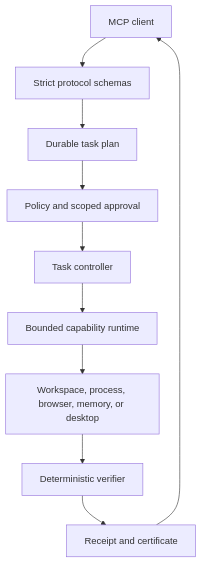
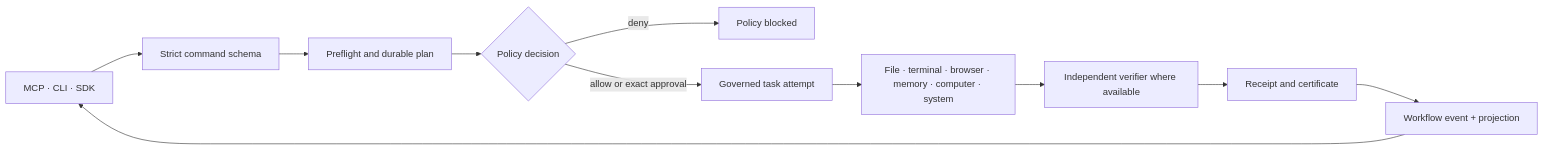
The diagram in docs/ARCHITECTURE.md (XAGI-Lab/atlas-mcp), drawn with Mermaid before and after one commit. The commit also changed other lines of this file and 149 other files, not shown here.

````diff
--- a/docs/ARCHITECTURE.md
+++ b/docs/ARCHITECTURE.md
@@ -5,12 +9,13 @@
 ```mermaid
-flowchart TB
-    Client["MCP client"] --> Schema["Strict protocol schemas"]
-    Schema --> Plan["Durable task plan"]
-    Plan --> Policy["Policy and scoped approval"]
-    Policy --> Controller["Task controller"]
-    Controller --> Runtime["Bounded capability runtime"]
-    Runtime --> Target["Workspace, process, browser, memory, or desktop"]
-    Target --> Verifier["Deterministic verifier"]
-    Verifier --> Evidence["Receipt and certificate"]
-    Evidence --> Client
+flowchart LR
+    Client["MCP · CLI · SDK"] --> Command["Strict command schema"]
+    Command --> Plan["Preflight and durable plan"]
+    Plan --> Policy{"Policy decision"}
+    Policy -->|deny| Blocked["Policy blocked"]
+    Policy -->|allow or exact approval| Task["Governed task attempt"]
+    Task --> Adapter["File · terminal · browser · memory · computer · system"]
+    Adapter --> Verify["Independent verifier where available"]
+    Verify --> Evidence["Receipt and certificate"]
+    Evidence --> Event["Workflow event + projection"]
+    Event --> Client
 ```
````
